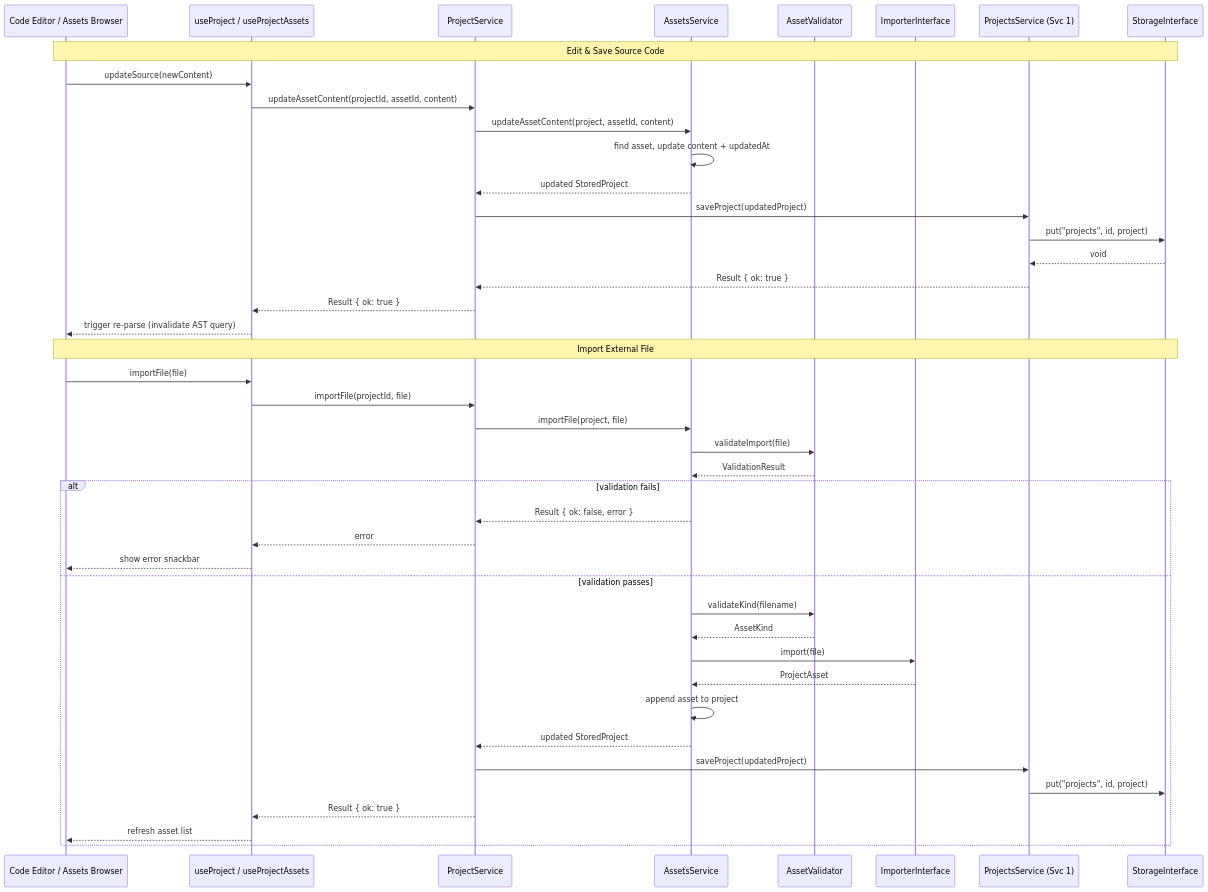
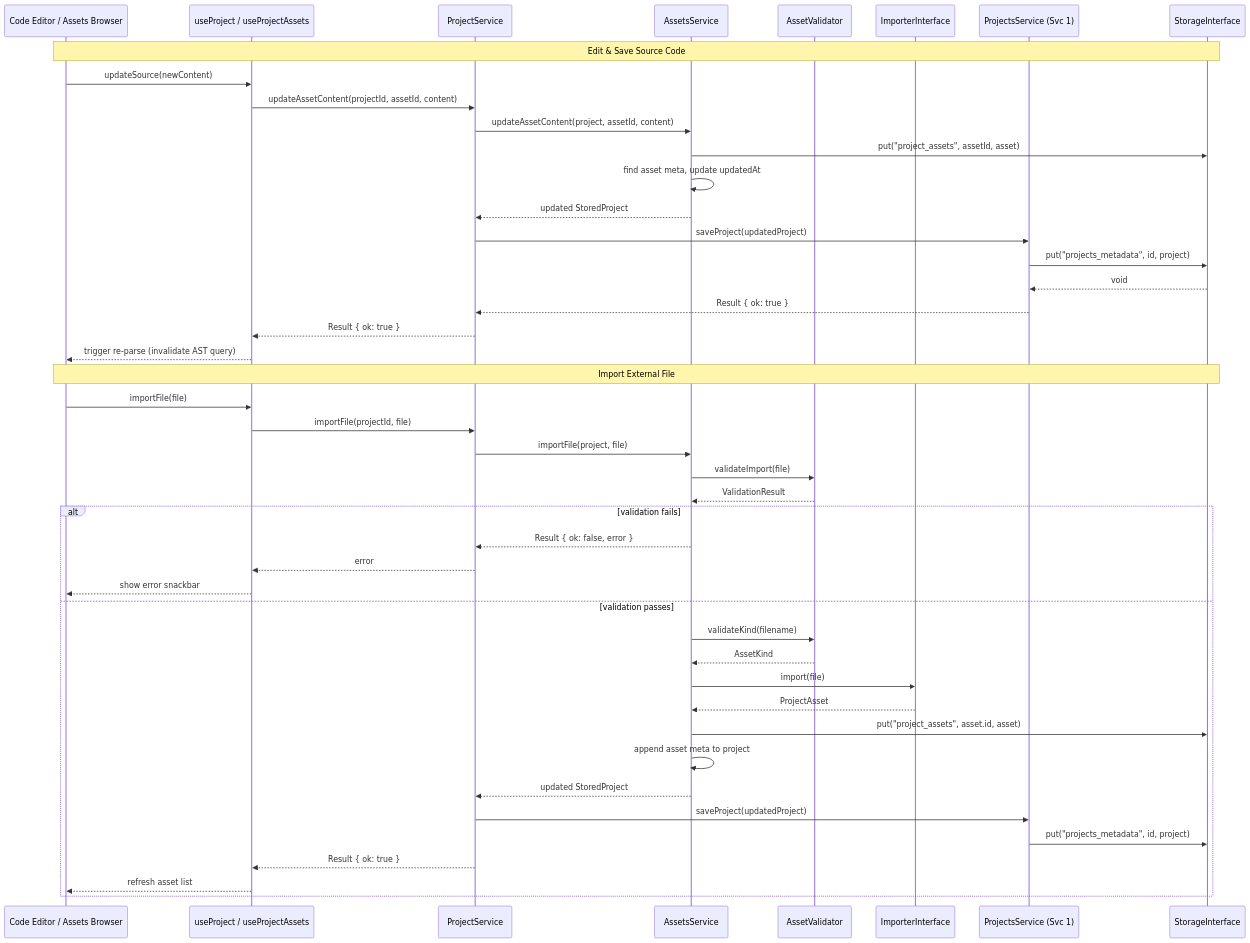
One commit to rimvydasb/open-modeler-ts changed the second of 2 diagrams in docs/02-PROJECT-SERVICE.md. Above: the diagram before and after it, drawn with Mermaid. The commit also changed other lines of this file and 2 other files, not shown here.

Commit message:
refactor architecture documentation: rename ProjectAsset to ProjectAssetMeta and update related references for clarity

````diff
--- a/docs/02-PROJECT-SERVICE.md
+++ b/docs/02-PROJECT-SERVICE.md
@@ -144,48 +145,50 @@
 ```mermaid
 sequenceDiagram
     participant UI as Code Editor / Assets Browser
     participant Hook as useProject / useProjectAssets
     participant Svc as ProjectService
     participant Assets as AssetsService
     participant Val as AssetValidator
     participant Imp as ImporterInterface
     participant S1 as ProjectsService (Svc 1)
     participant IDB as StorageInterface
 
     Note over UI, IDB: Edit & Save Source Code
     UI ->> Hook: updateSource(newContent)
     Hook ->> Svc: updateAssetContent(projectId, assetId, content)
     Svc ->> Assets: updateAssetContent(project, assetId, content)
-    Assets ->> Assets: find asset, update content + updatedAt
+    Assets ->> IDB: put("project_assets", assetId, asset)
+    Assets ->> Assets: find asset meta, update updatedAt
     Assets -->> Svc: updated StoredProject
     Svc ->> S1: saveProject(updatedProject)
-    S1 ->> IDB: put("projects", id, project)
+    S1 ->> IDB: put("projects_metadata", id, project)
     IDB -->> S1: void
     S1 -->> Svc: Result { ok: true }
     Svc -->> Hook: Result { ok: true }
     Hook -->> UI: trigger re-parse (invalidate AST query)
 
     Note over UI, IDB: Import External File
     UI ->> Hook: importFile(file)
     Hook ->> Svc: importFile(projectId, file)
     Svc ->> Assets: importFile(project, file)
     Assets ->> Val: validateImport(file)
     Val -->> Assets: ValidationResult
 
     alt validation fails
         Assets -->> Svc: Result { ok: false, error }
         Svc -->> Hook: error
         Hook -->> UI: show error snackbar
     else validation passes
         Assets ->> Val: validateKind(filename)
         Val -->> Assets: AssetKind
         Assets ->> Imp: import(file)
         Imp -->> Assets: ProjectAsset
-        Assets ->> Assets: append asset to project
+        Assets ->> IDB: put("project_assets", asset.id, asset)
+        Assets ->> Assets: append asset meta to project
         Assets -->> Svc: updated StoredProject
         Svc ->> S1: saveProject(updatedProject)
-        S1 ->> IDB: put("projects", id, project)
+        S1 ->> IDB: put("projects_metadata", id, project)
         Svc -->> Hook: Result { ok: true }
         Hook -->> UI: refresh asset list
     end
 ```
````
